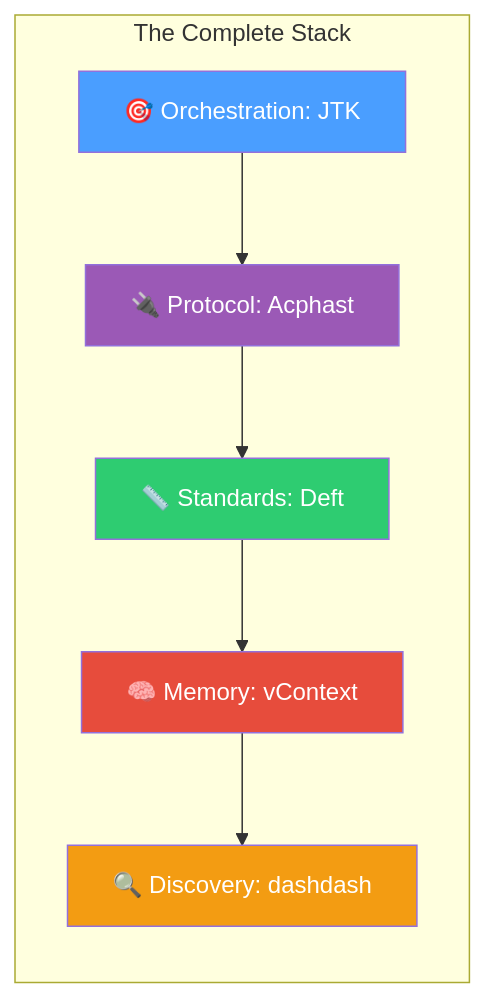
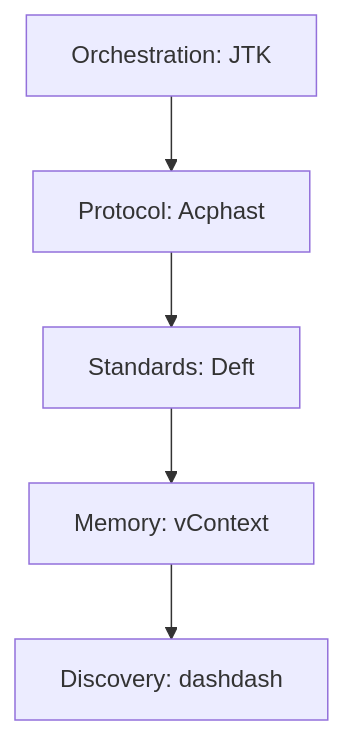
The tenth of 10 diagrams in docs/VISIONIK-AI-ROADMAP.md (visionik/acphast), drawn with Mermaid before and after one commit. The commit also changed other lines of this file, not shown here.

Commit message:
Fix Mermaid: remove colors, fix text in boxes

````diff
--- a/docs/VISIONIK-AI-ROADMAP.md
+++ b/docs/VISIONIK-AI-ROADMAP.md
@@ -428,19 +385,10 @@
 ```mermaid
 flowchart TB
-    subgraph Stack["The Complete Stack"]
-        direction TB
-        L1["🎯 Orchestration: JTK"]
-        L2["🔌 Protocol: Acphast"]
-        L3["📏 Standards: Deft"]
-        L4["🧠 Memory: vContext"]
-        L5["🔍 Discovery: dashdash"]
-        
-        L1 --> L2 --> L3 --> L4 --> L5
-    end
+    L1["Orchestration: JTK"]
+    L2["Protocol: Acphast"]
+    L3["Standards: Deft"]
+    L4["Memory: vContext"]
+    L5["Discovery: dashdash"]
     
-    style L1 fill:#4a9eff,color:#fff
-    style L2 fill:#9b59b6,color:#fff
-    style L3 fill:#2ecc71,color:#fff
-    style L4 fill:#e74c3c,color:#fff
-    style L5 fill:#f39c12,color:#fff
+    L1 --> L2 --> L3 --> L4 --> L5
 ```
````
